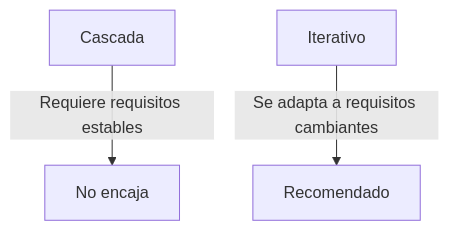
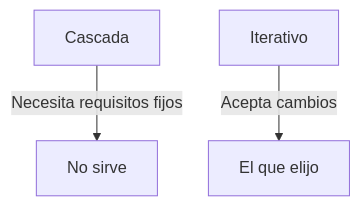
Before and after one commit to raulmoder2000-droid/CD_Tema2_Ejercicios: the first of 3 diagrams in 0103.md, drawn with Mermaid. The commit also changed other lines of this file, not shown here.

````diff
--- a/0103.md
+++ b/0103.md
@@ -15,5 +11,5 @@
 ```mermaid
 flowchart TD
-    A[Cascada] -->|Requiere requisitos estables| B[No encaja]
-    C[Iterativo] -->|Se adapta a requisitos cambiantes| D[Recomendado]
+    A[Cascada] -->|Necesita requisitos fijos| B[No sirve]
+    C[Iterativo] -->|Acepta cambios| D[El que elijo]
 ```
````
